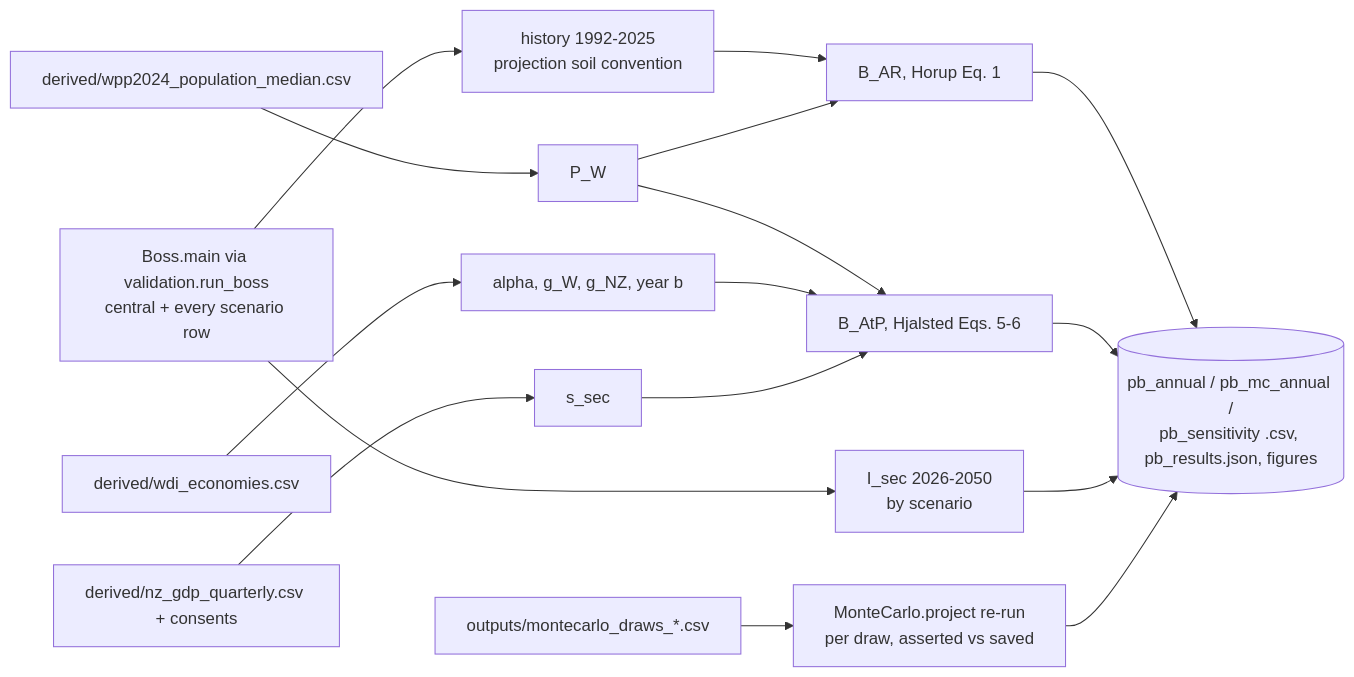
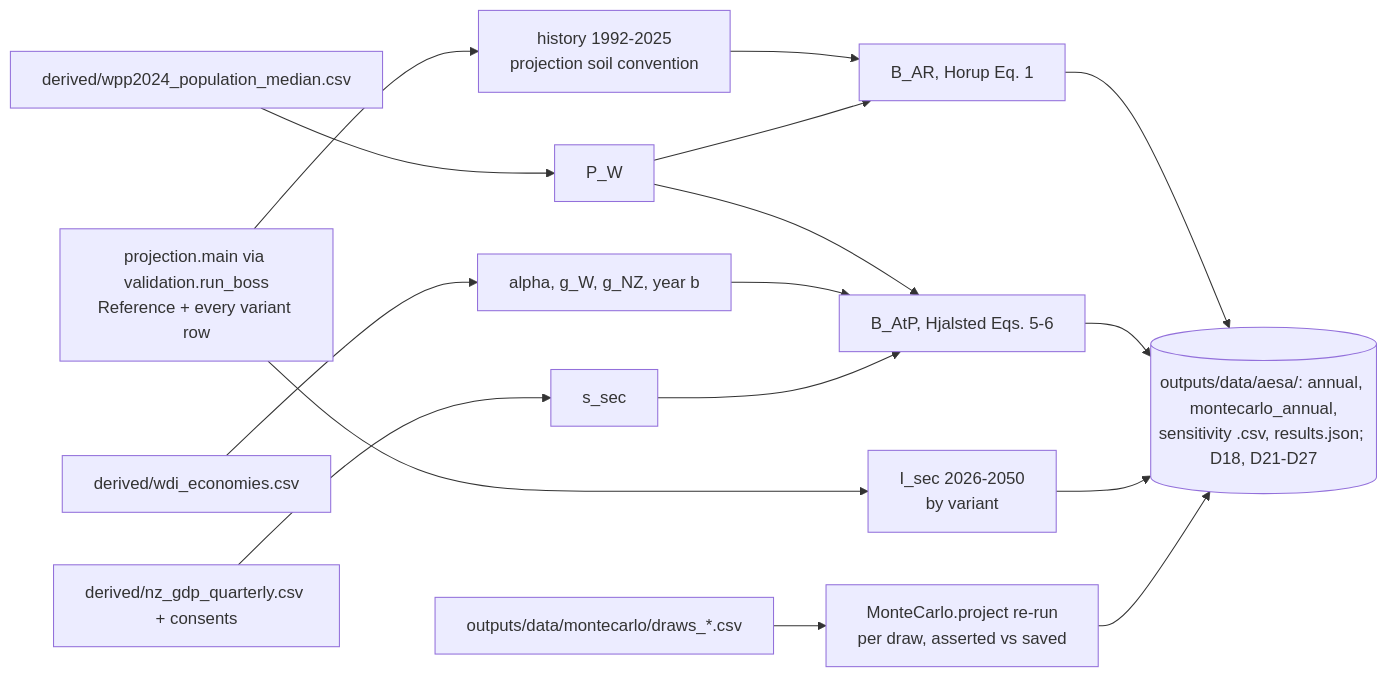
Before and after one commit to GerasimosChristoforatos/Pathway-Paper: the second of 3 diagrams in ARCHITECTURE.md, drawn with Mermaid. The commit also changed other lines of this file and 4 other files, not shown here.

First line of the commit message:
model-v1.0.0 (8): README, ARCHITECTURE, CITATION and CHANGELOG

````diff
--- a/ARCHITECTURE.md
+++ b/ARCHITECTURE.md
@@ -312,14 +380,14 @@
 ```mermaid
 flowchart LR
-    BOSS[Boss.main via validation.run_boss<br/>central + every scenario row] --> H[history 1992-2025<br/>projection soil convention]
-    BOSS --> I[I_sec 2026-2050<br/>by scenario]
-    MCD[outputs/montecarlo_draws_*.csv] --> MCR[MonteCarlo.project re-run<br/>per draw, asserted vs saved]
-    WPP[derived/wpp2024_population_median.csv] --> PW[P_W]
-    WDI[derived/wdi_economies.csv] --> A[alpha, g_W, g_NZ, year b]
-    GDP[derived/nz_gdp_quarterly.csv + consents] --> S[s_sec]
-    H --> BAR[B_AR, Horup Eq. 1]
-    PW --> BAR & BATP[B_AtP, Hjalsted Eqs. 5-6]
+    PROJ["projection.main via validation.run_boss<br/>Reference + every variant row"] --> H["history 1992-2025<br/>projection soil convention"]
+    PROJ --> I["I_sec 2026-2050<br/>by variant"]
+    MCD["outputs/data/montecarlo/draws_*.csv"] --> MCR["MonteCarlo.project re-run<br/>per draw, asserted vs saved"]
+    WPP["derived/wpp2024_population_median.csv"] --> PW["P_W"]
+    WDI["derived/wdi_economies.csv"] --> A["alpha, g_W, g_NZ, year b"]
+    GDP["derived/nz_gdp_quarterly.csv + consents"] --> S["s_sec"]
+    H --> BAR["B_AR, Horup Eq. 1"]
+    PW --> BAR & BATP["B_AtP, Hjalsted Eqs. 5-6"]
     A --> BATP
     S --> BATP
-    BAR & BATP & I & MCR --> OUT[(pb_annual / pb_mc_annual /<br/>pb_sensitivity .csv, pb_results.json, figures)]
+    BAR & BATP & I & MCR --> OUT[("outputs/data/aesa/: annual, montecarlo_annual,<br/>sensitivity .csv, results.json; D18, D21-D27")]
 ```
````
